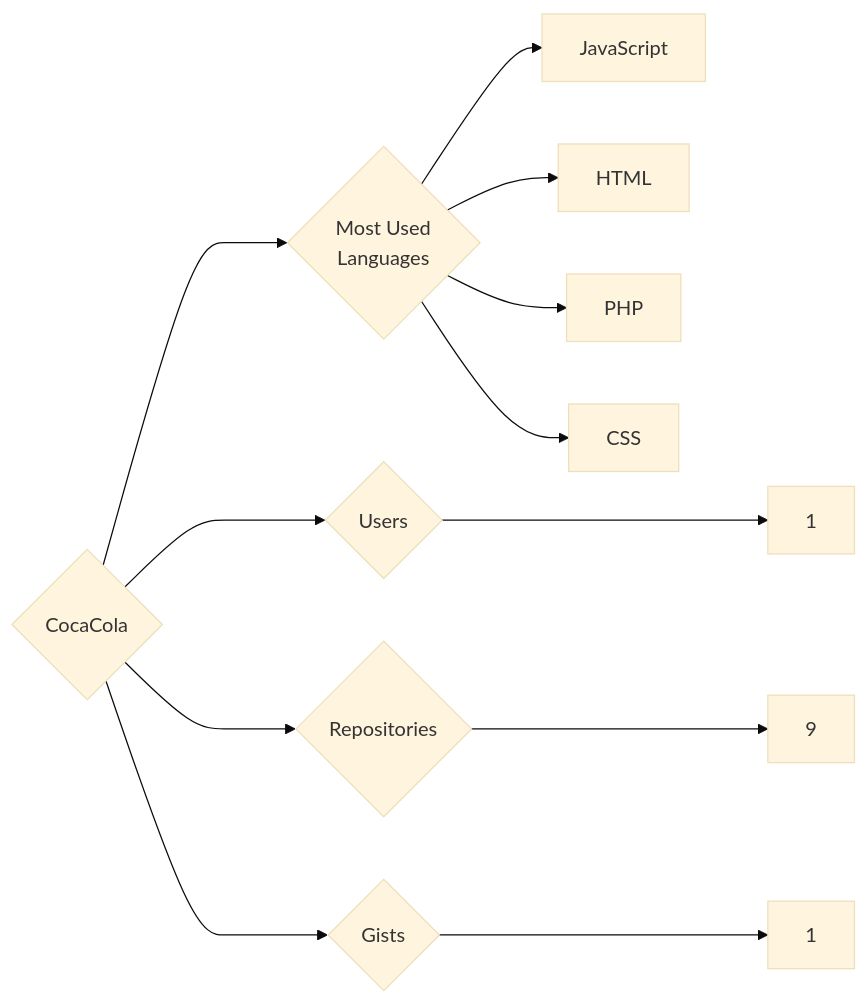
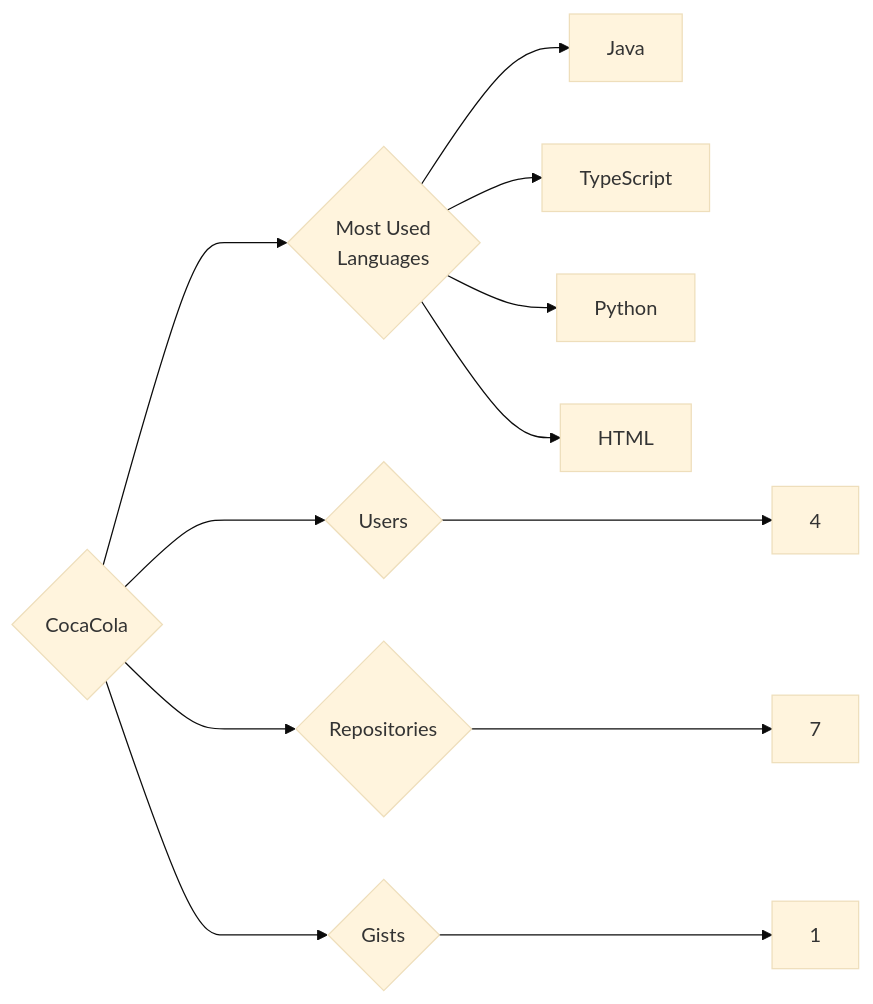
Before and after one commit to trickest/insiders: the diagram in targets/CocaCola/README.md, drawn with Mermaid (base theme). The commit also changed 1036 other files, not shown here.

````diff
--- a/targets/CocaCola/README.md
+++ b/targets/CocaCola/README.md
@@ -3,12 +3,12 @@
 ```mermaid
 graph LR
 COMPANY_NAME{CocaCola}
-COMPANY_NAME ---> U{Users} ---> UN[1]
-COMPANY_NAME ---> R{Repositories} ---> RN[9]
+COMPANY_NAME ---> U{Users} ---> UN[4]
+COMPANY_NAME ---> R{Repositories} ---> RN[7]
 COMPANY_NAME ---> G{Gists} ---> GN[1]
 COMPANY_NAME ---> ML{Most Used<br>Languages}
-ML --> JavaScript[JavaScript]
+ML --> Java[Java]
+ML --> TypeScript[TypeScript]
+ML --> Python[Python]
 ML --> HTML[HTML]
-ML --> PHP[PHP]
-ML --> CSS[CSS]
 ```
````
